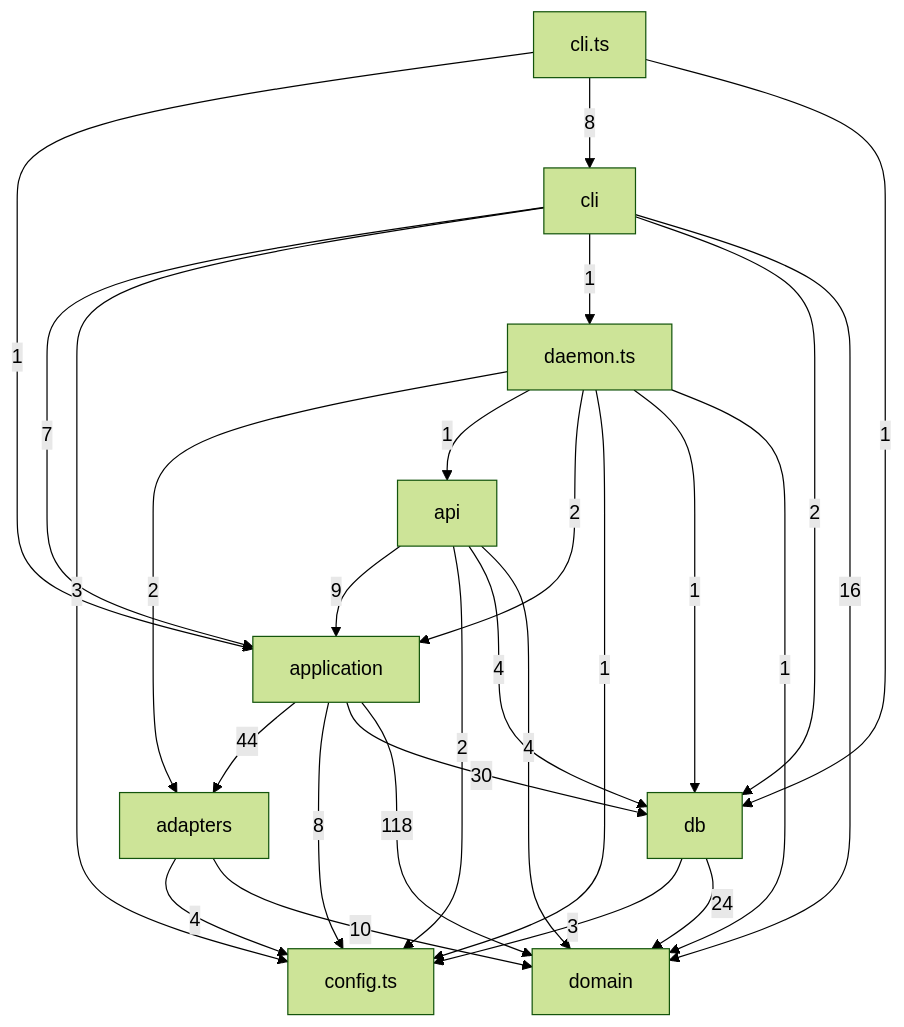
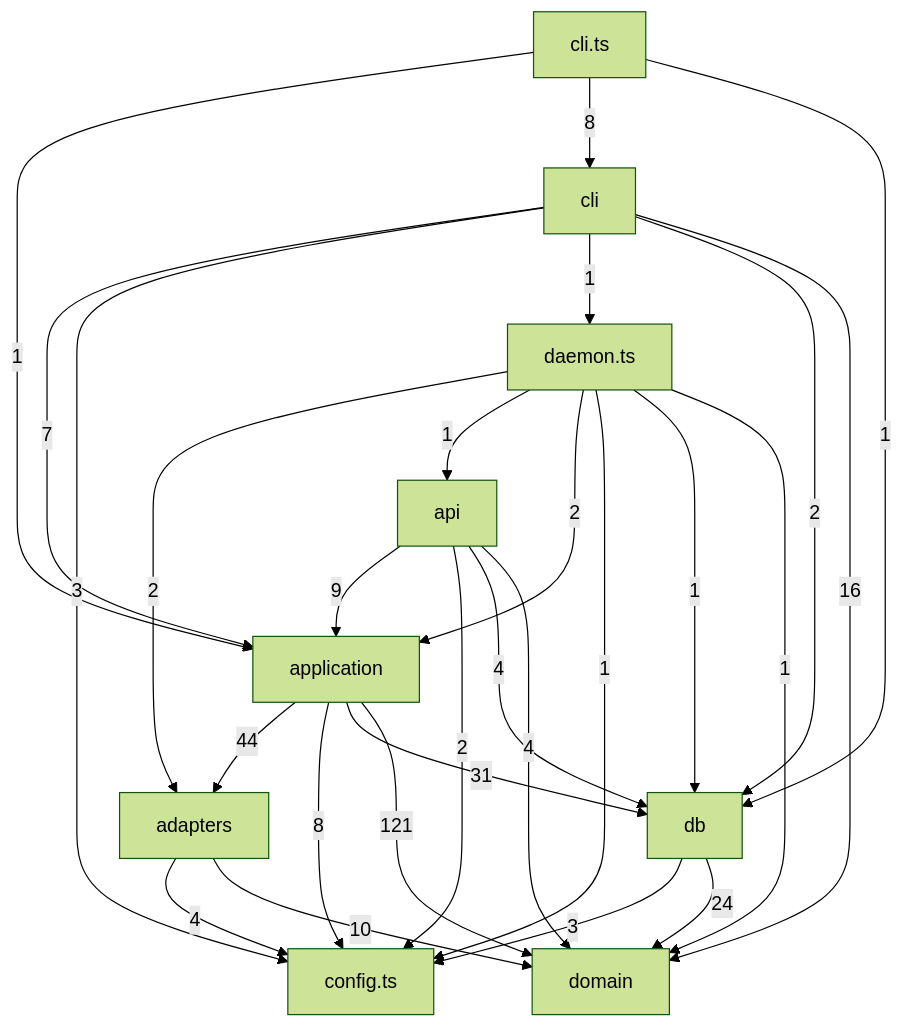
One commit to tomrobdev/agentdeck changed the third of 5 diagrams in docs/architecture.md. Above: the diagram before and after it, drawn with Mermaid (forest theme). The commit also changed other lines of this file and 20 other files, not shown here.

````diff
--- a/docs/architecture.md
+++ b/docs/architecture.md
@@ -101,38 +101,38 @@
 ```mermaid
 flowchart TD
   adapters["adapters"]
   api["api"]
   application["application"]
   cli["cli"]
   cli_ts["cli.ts"]
   config_ts["config.ts"]
   daemon_ts["daemon.ts"]
   db["db"]
   domain["domain"]
   adapters -->|4| config_ts
   adapters -->|10| domain
   api -->|9| application
   api -->|2| config_ts
   api -->|4| db
   api -->|4| domain
   application -->|44| adapters
   application -->|8| config_ts
-  application -->|30| db
-  application -->|118| domain
+  application -->|31| db
+  application -->|121| domain
   cli_ts -->|1| application
   cli_ts -->|8| cli
   cli_ts -->|1| db
   cli -->|7| application
   cli -->|3| config_ts
   cli -->|1| daemon_ts
   cli -->|2| db
   cli -->|16| domain
   daemon_ts -->|2| adapters
   daemon_ts -->|1| api
   daemon_ts -->|2| application
   daemon_ts -->|1| config_ts
   daemon_ts -->|1| db
   daemon_ts -->|1| domain
   db -->|3| config_ts
   db -->|24| domain
 ```
````
